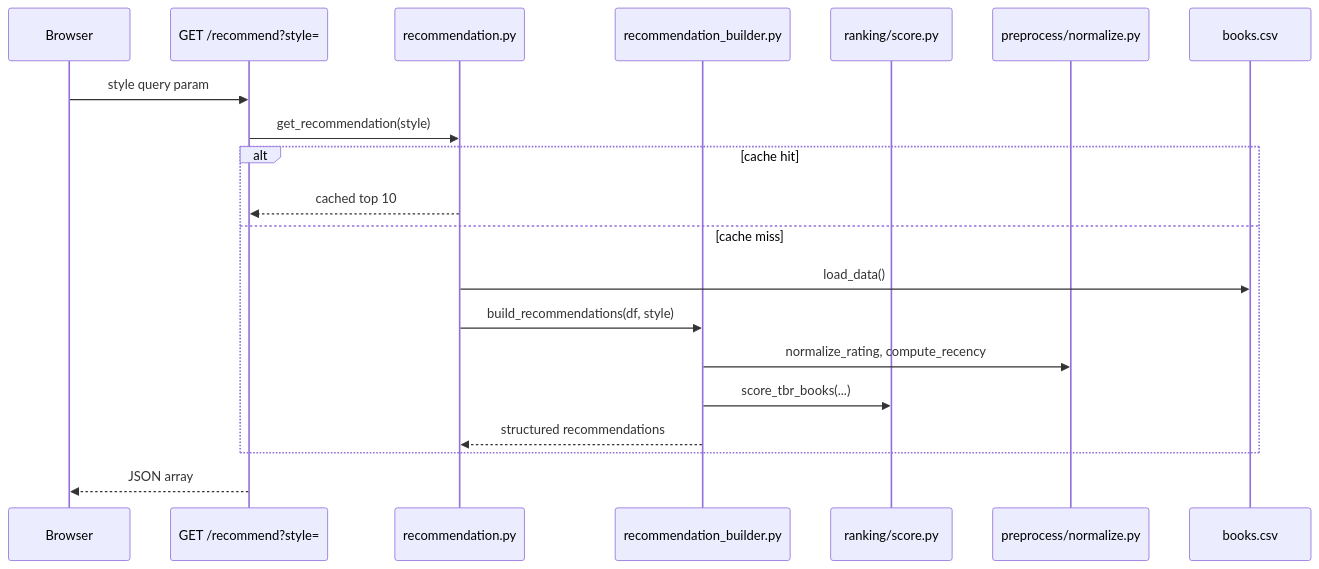
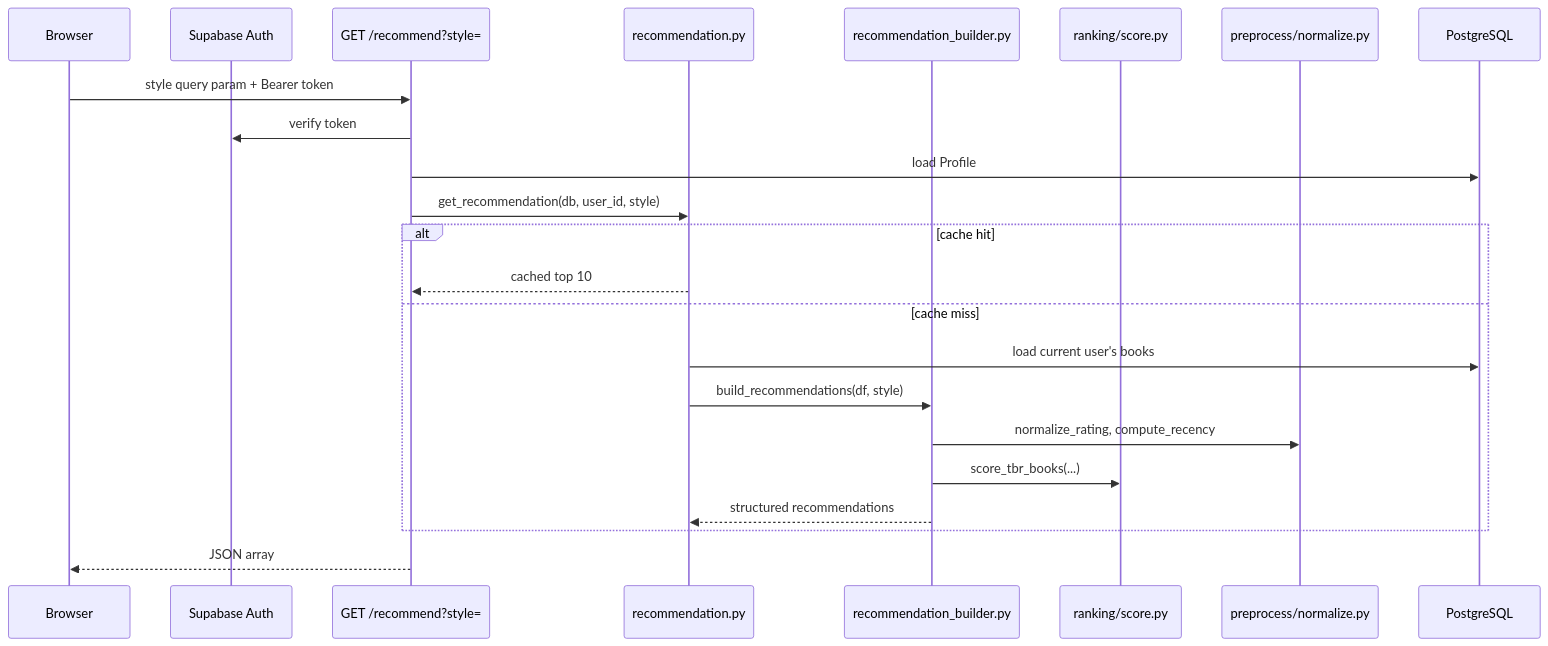
One commit to tranguyeenn/shelftxt changed the third of 4 diagrams in docs/engineering/architecture.md. Above: the diagram before and after it, drawn with Mermaid. The commit also changed other lines of this file and 23 other files, not shown here.

Commit message:
Complete user ownership migration and apply missing schema updates

````diff
--- a/docs/engineering/architecture.md
+++ b/docs/engineering/architecture.md
@@ -105,23 +116,26 @@
 ```mermaid
 sequenceDiagram
   participant Browser
+  participant Auth as Supabase Auth
   participant API as GET /recommend?style=
   participant Rec as recommendation.py
   participant Builder as recommendation_builder.py
   participant Rank as ranking/score.py
   participant Pre as preprocess/normalize.py
-  participant CSV as books.csv
+  participant DB as PostgreSQL
 
-  Browser->>API: style query param
-  API->>Rec: get_recommendation(style)
+  Browser->>API: style query param + Bearer token
+  API->>Auth: verify token
+  API->>DB: load Profile
+  API->>Rec: get_recommendation(db, user_id, style)
   alt cache hit
     Rec-->>API: cached top 10
   else cache miss
-    Rec->>CSV: load_data()
+    Rec->>DB: load current user's books
     Rec->>Builder: build_recommendations(df, style)
     Builder->>Pre: normalize_rating, compute_recency
     Builder->>Rank: score_tbr_books(...)
     Builder-->>Rec: structured recommendations
   end
   API-->>Browser: JSON array
 ```
````
